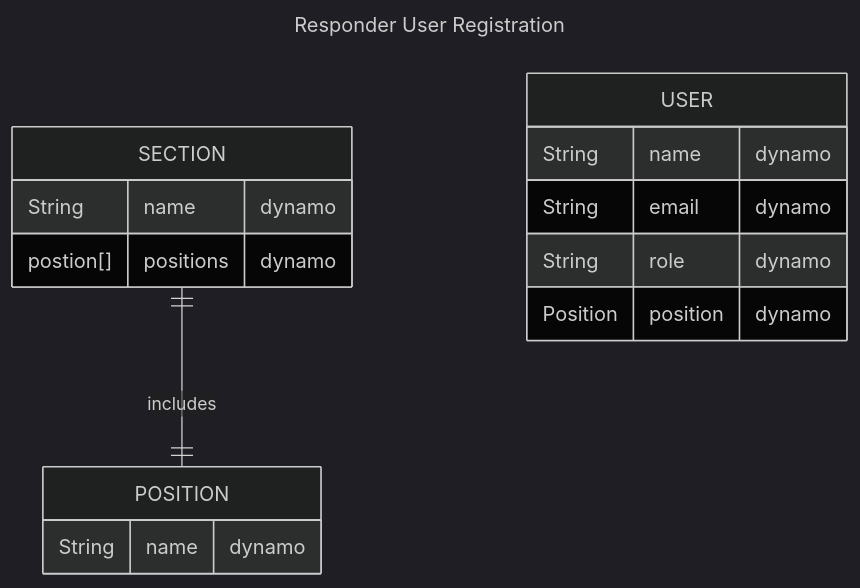
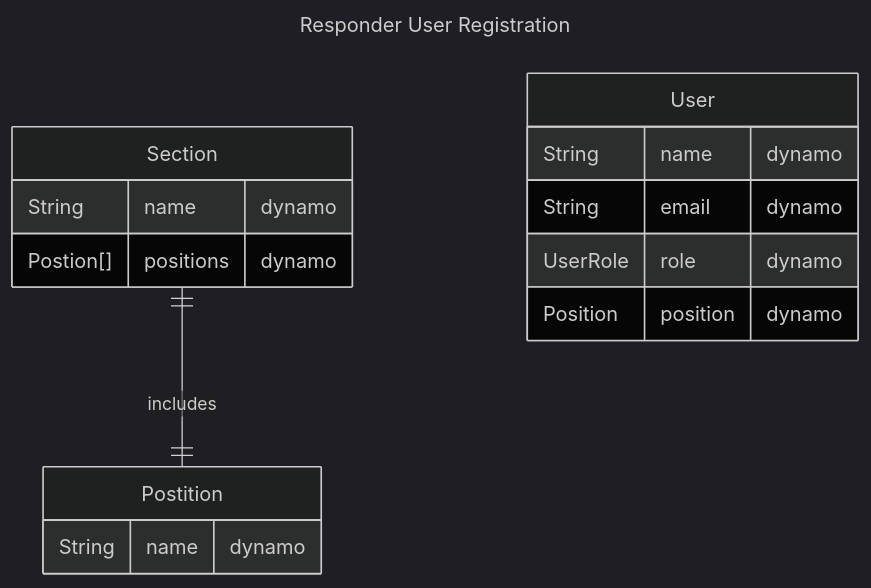
Before and after one commit to thomas-b-jackson/sdge-it-responder: the diagram in documents/design/data-models/user-registration.md, drawn with Mermaid (dark theme).

Commit message:
use camel case

````diff
--- a/documents/design/data-models/user-registration.md
+++ b/documents/design/data-models/user-registration.md
@@ -1,24 +1,24 @@
 ```mermaid
 ---
 title: Responder User Registration
 ---
 erDiagram
-  SECTION    ||--|| POSITION : includes
+  Section  ||--|| Postition : includes
 
-  SECTION {
+  Section {
     String name           "dynamo"
-    postion[] positions   "dynamo"
+    Postion[] positions   "dynamo"
   }
 
-  POSITION {
+  Postition {
     String name  "dynamo"
   }
 
-  USER {
+  User {
     String name  "dynamo"
     String email "dynamo"
-    String role  "dynamo"
+    UserRole role  "dynamo"
     Position position  "dynamo"
   }
 
 ```
````
